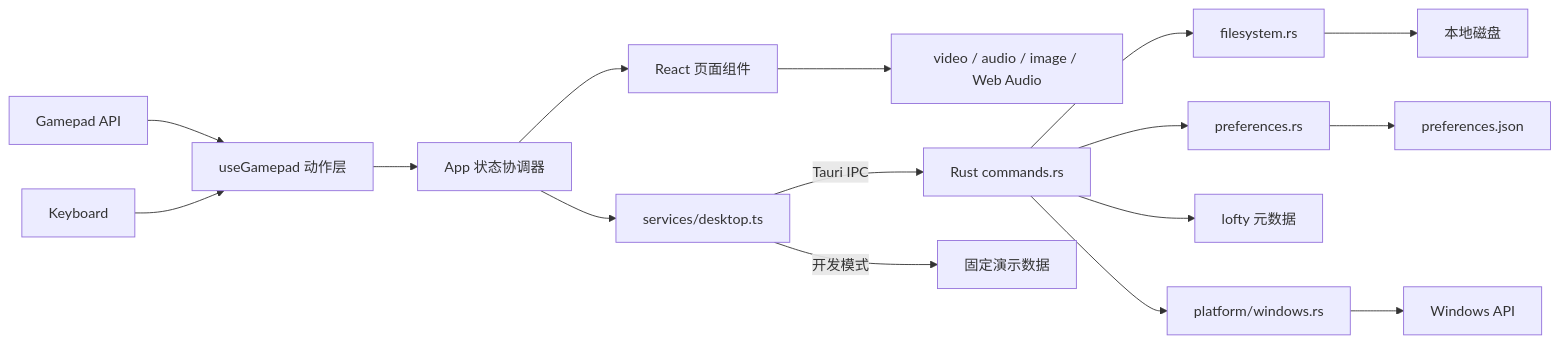
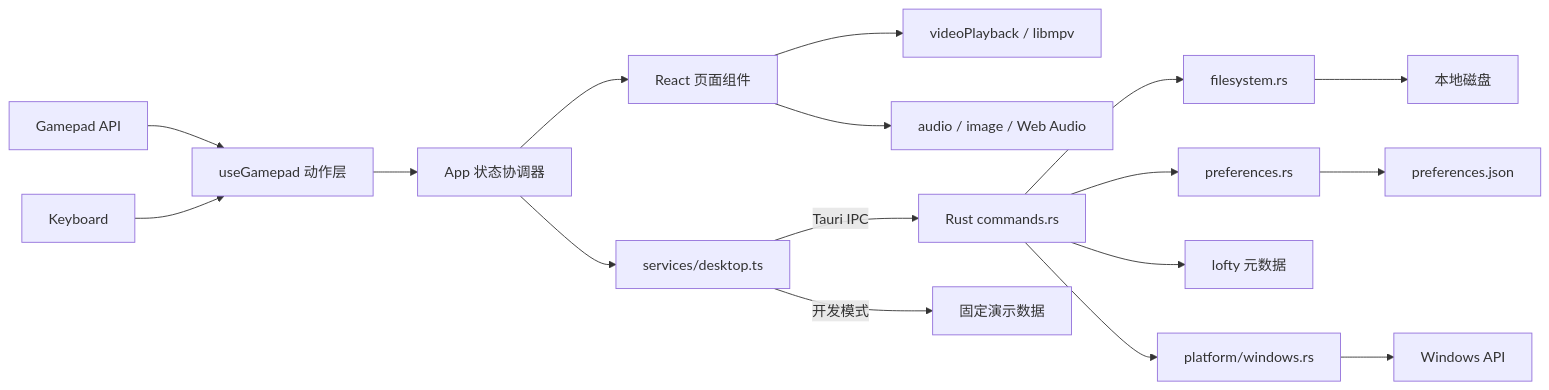
Before and after one commit to chaohsvan/CouchAxis: the first of 2 diagrams in docs/TECHNICAL_IMPLEMENTATION.md, drawn with Mermaid. The commit also changed other lines of this file and 28 other files, not shown here.

Commit message:
feat: add libmpv video playback

````diff
--- a/docs/TECHNICAL_IMPLEMENTATION.md
+++ b/docs/TECHNICAL_IMPLEMENTATION.md
@@ -38,18 +39,19 @@
 ```mermaid
 flowchart LR
     GP["Gamepad API"] --> INPUT["useGamepad 动作层"]
     KB["Keyboard"] --> INPUT
     INPUT --> APP["App 状态协调器"]
     APP --> UI["React 页面组件"]
-    UI --> MEDIA["video / audio / image / Web Audio"]
+    UI --> VIDEO["videoPlayback / libmpv"]
+    UI --> MEDIA["audio / image / Web Audio"]
     APP --> ADAPTER["services/desktop.ts"]
     ADAPTER -->|"Tauri IPC"| CMD["Rust commands.rs"]
     ADAPTER -->|"开发模式"| MOCK["固定演示数据"]
     CMD --> FS["filesystem.rs"]
     CMD --> PREF["preferences.rs"]
     CMD --> META["lofty 元数据"]
     CMD --> PLATFORM["platform/windows.rs"]
     FS --> DISK["本地磁盘"]
     PREF --> CONFIG["preferences.json"]
     PLATFORM --> WINAPI["Windows API"]
 ```
````
